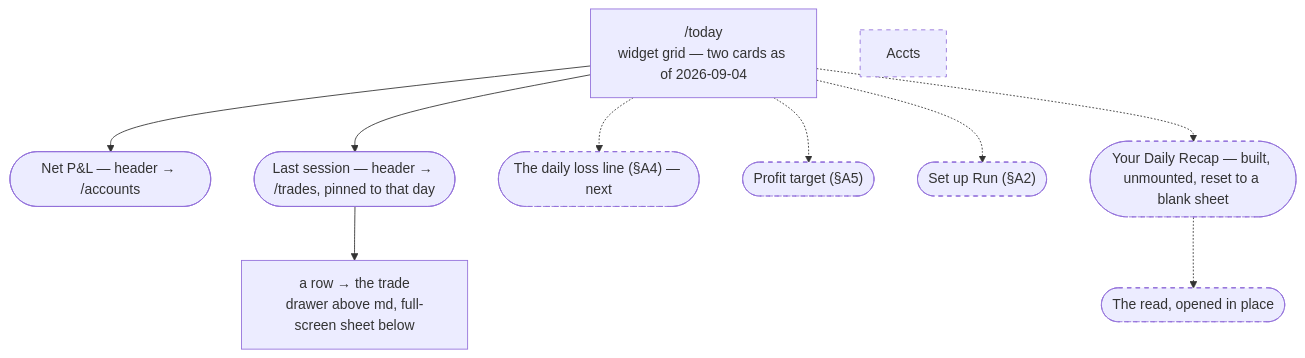
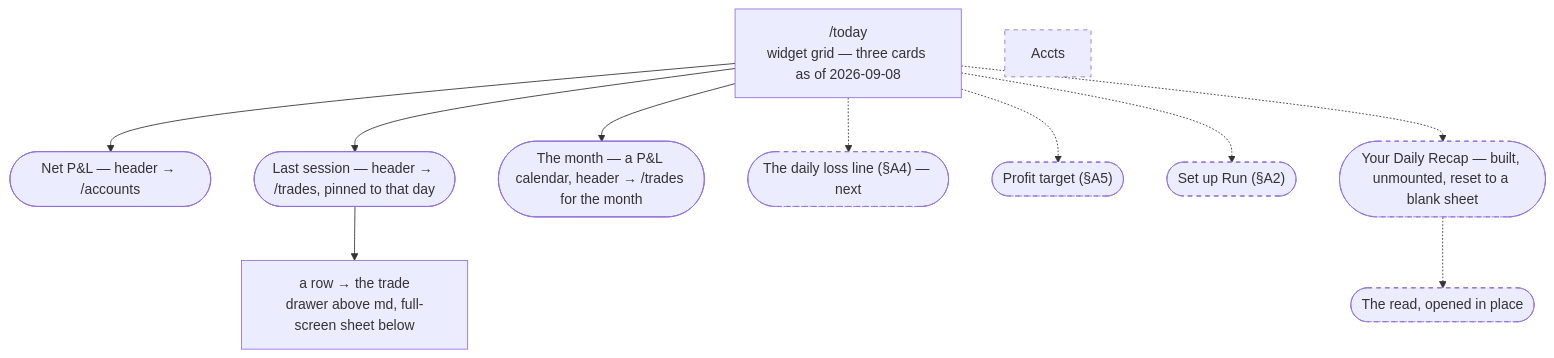
One commit to modryn-studio/run-rebuild changed diagram 12 of 15 in docs/user-guide.md. Above: the diagram before and after it, drawn with Mermaid. The commit also changed 24 other files, not shown here.

````diff
--- a/docs/user-guide.md
+++ b/docs/user-guide.md
@@ -443,19 +443,20 @@
 ```mermaid
 flowchart TD
-  Today["/today<br/>widget grid — two cards as of 2026-09-04"]
+  Today["/today<br/>widget grid — three cards as of 2026-09-08"]
   Today --> NetPnl(["Net P&L — header → /accounts"])
   Today --> Last(["Last session — header → /trades, pinned to that day"])
   Last --> Row["a row → the trade<br/>drawer above md, full-screen sheet below"]
+  Today --> Month(["The month — a P&L calendar, header → /trades for the month"])
   Today -.-> Line(["The daily loss line (§A4) — next"])
   Today -.-> Target(["Profit target (§A5)"])
   Today -.-> Setup(["Set up Run (§A2)"])
   Today -.-> Recap(["Your Daily Recap — built, unmounted, reset to a blank sheet"])
   Recap -.-> Read(["The read, opened in place"])
 
   style Recap stroke-dasharray: 5 5
   style Read stroke-dasharray: 5 5
   style Accts stroke-dasharray: 5 5
   style Line stroke-dasharray: 5 5
   style Target stroke-dasharray: 5 5
   style Setup stroke-dasharray: 5 5
 ```
````
